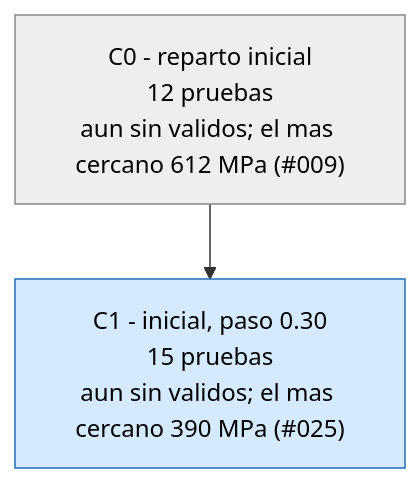
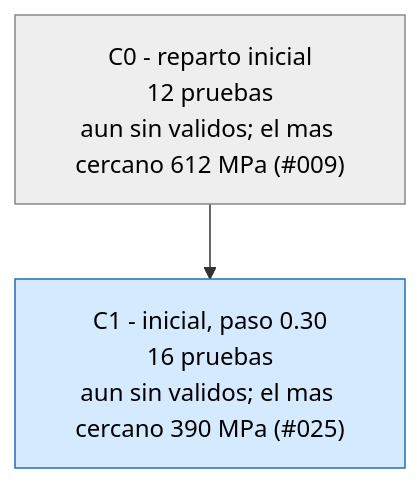
The third of 3 diagrams in runs/opt_37800N/ARBOL.md (Hugiko/msd-soporte-optimizacion), drawn with Mermaid before and after one commit. The commit also changed 14 other files, not shown here.

````diff
--- a/runs/opt_37800N/ARBOL.md
+++ b/runs/opt_37800N/ARBOL.md
@@ -33,9 +33,9 @@
 ```mermaid
 graph TD
 classDef activa fill:#d6eaff,stroke:#1f6fb5,color:#000
 classDef fin fill:#eeeeee,stroke:#888,color:#000
 classDef mejor fill:#c8f0c0,stroke:#1a9850,stroke-width:4px,color:#000
 C0["C0 - reparto inicial<br/>12 pruebas<br/>aun sin validos; el mas cercano 612 MPa (#009)"]:::fin
-C1["C1 - inicial, paso 0.30<br/>15 pruebas<br/>aun sin validos; el mas cercano 390 MPa (#025)"]:::activa
+C1["C1 - inicial, paso 0.30<br/>16 pruebas<br/>aun sin validos; el mas cercano 390 MPa (#025)"]:::activa
 C0 --> C1
 ```
````
